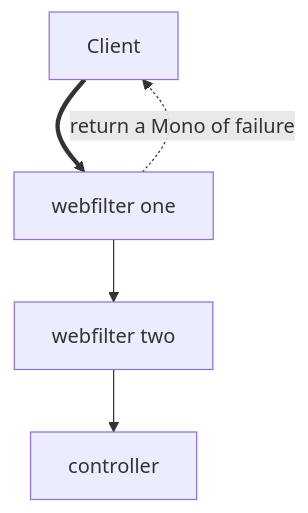
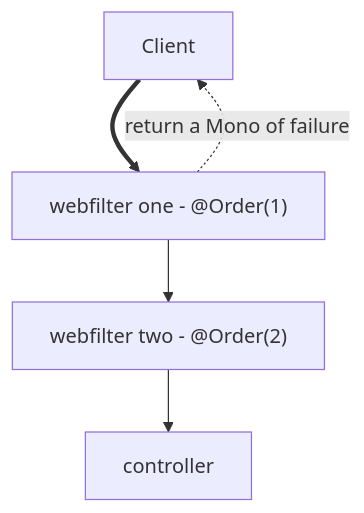
One commit to marwhals/spring-webflux-reference changed the diagram in src/main/java/org/webflux_reference/webfilter/notes.md. Above: the diagram before and after it, drawn with Mermaid. The commit also changed other lines of this file, not shown here.

Commit message:
Add note on diagram and filter ordering

````diff
--- a/src/main/java/org/webflux_reference/webfilter/notes.md
+++ b/src/main/java/org/webflux_reference/webfilter/notes.md
@@ -10,12 +11,12 @@
 ```mermaid
 graph TD
     
     Z[Client]
-    A[webfilter one]
-    B[webfilter two]
+    A["webfilter one - @Order(1)"]
+    B["webfilter two - @Order(2)"]
     C[controller]
     
     Z ==> A --> B --> C
     A -.->|return a Mono of failure| Z
 
 ```
````
